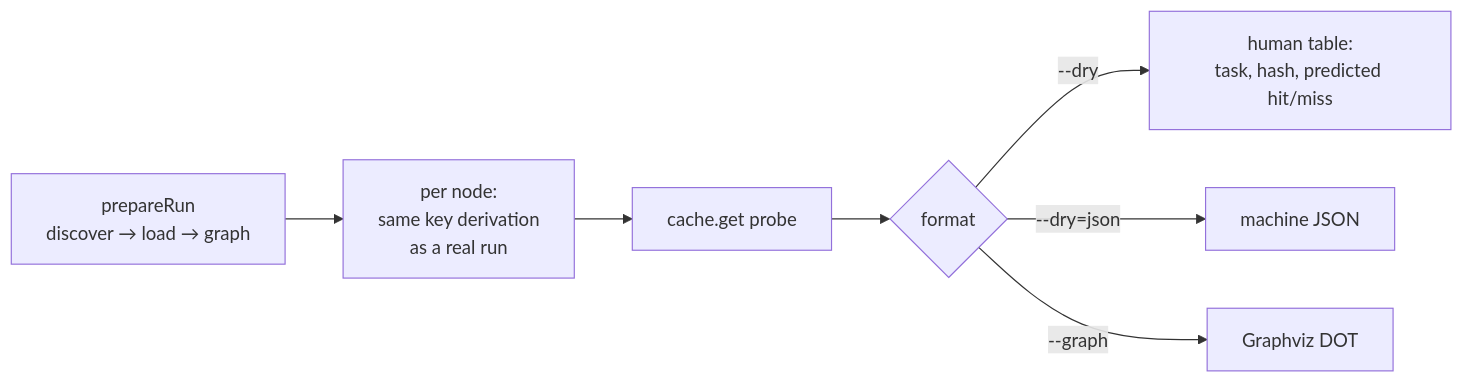
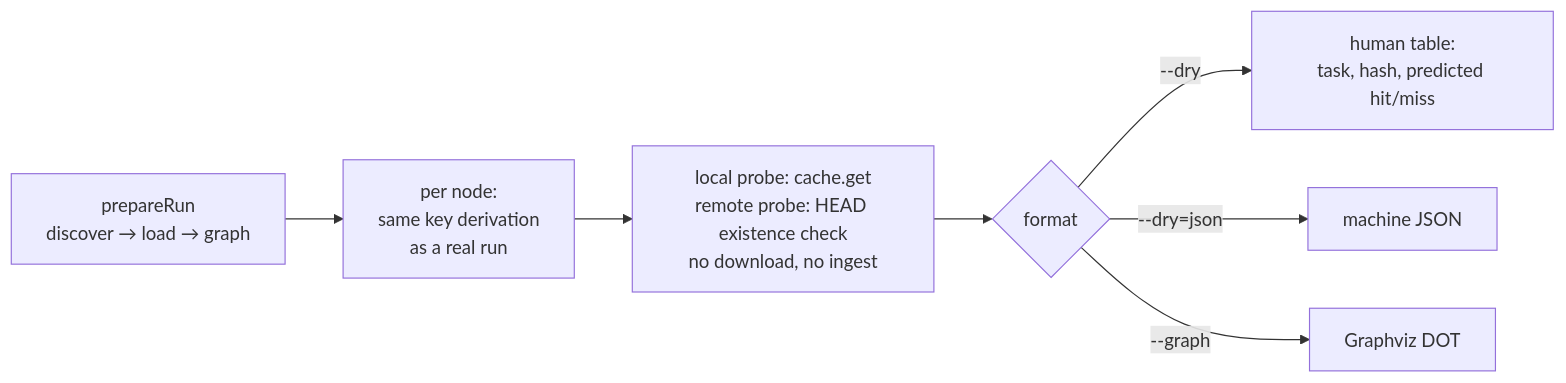
Before and after one commit to vznjs/vx: the tenth of 10 diagrams in docs/flows.md, drawn with Mermaid. The commit also changed other lines of this file and 13 other files, not shown here.

````diff
--- a/docs/flows.md
+++ b/docs/flows.md
@@ -221,9 +262,9 @@
 ```mermaid
 flowchart LR
     A[prepareRun<br/>discover → load → graph] --> B[per node:<br/>same key derivation<br/>as a real run]
-    B --> C[cache.get probe]
+    B --> C[local probe: cache.get<br/>remote probe: HEAD existence check<br/>no download, no ingest]
     C --> D{format}
     D -->|--dry| E[human table:<br/>task, hash, predicted hit/miss]
     D -->|--dry=json| F[machine JSON]
     D -->|--graph| G[Graphviz DOT]
 ```
````
